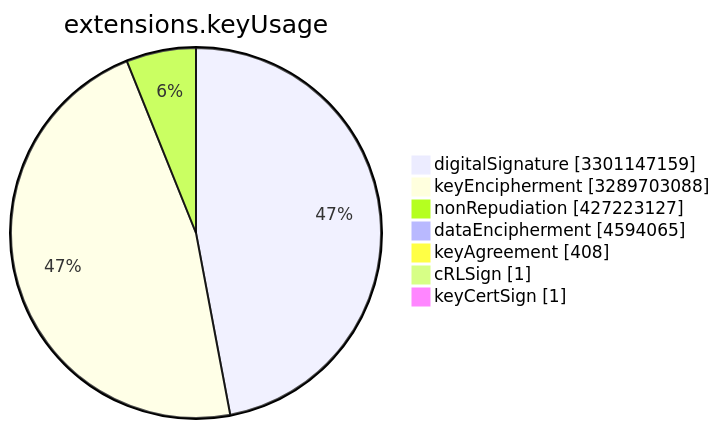
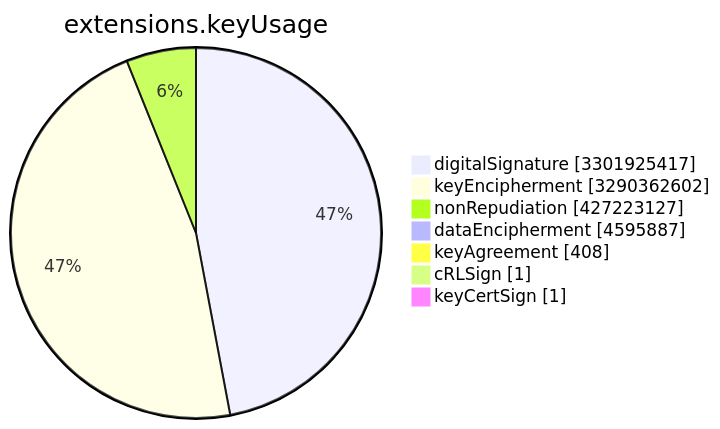
One commit to christiankrug/ctmonitor_visualization changed the sixth of 15 diagrams in TOTAL/README.md. Above: the diagram before and after it, drawn with Mermaid. The commit also changed other lines of this file, not shown here.

````diff
--- a/TOTAL/README.md
+++ b/TOTAL/README.md
@@ -3078,11 +3078,11 @@
 ```mermaid
 pie showData
 title extensions.keyUsage
-"digitalSignature" :3301147159
-"keyEncipherment" :3289703088
+"digitalSignature" :3301925417
+"keyEncipherment" :3290362602
 "nonRepudiation" :427223127
-"dataEncipherment" :4594065
+"dataEncipherment" :4595887
 "keyAgreement" :408
 "cRLSign" :1
 "keyCertSign" :1
 ```
````
